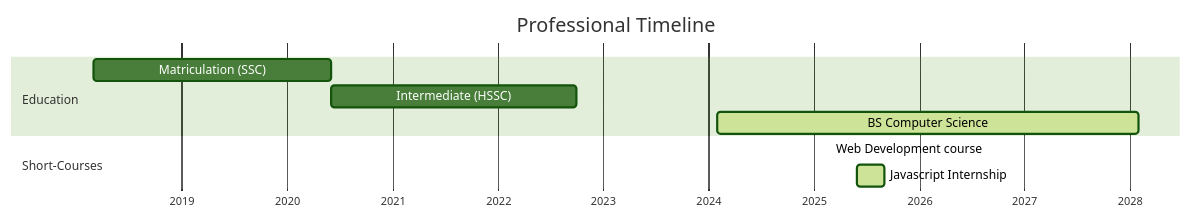
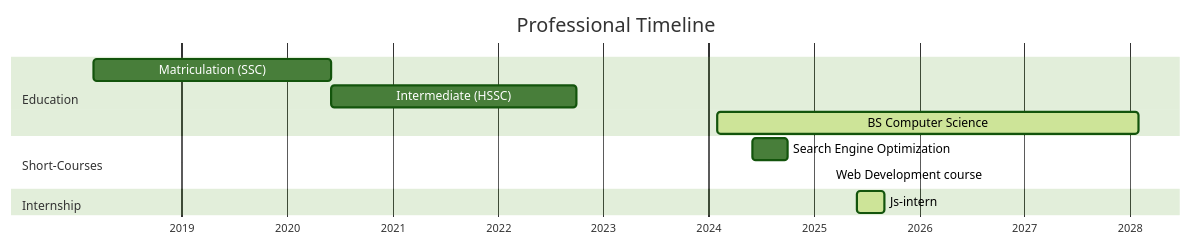
One commit to ahmadubaid061/ahmadubaid061 changed the diagram in README.md. Above: the diagram before and after it, drawn with Mermaid (forest theme).

Commit message:
Added new section Internships

````diff
--- a/README.md
+++ b/README.md
@@ -58,17 +58,20 @@
 ```mermaid
 gantt
     title Professional Timeline
     dateFormat  YYYY-MM
     axisFormat %Y
     
     section Education
     Matriculation (SSC) :a1, 2018-03, 2020-06
     Intermediate (HSSC) :a2, after a1, 2022-10
     BS Computer Science :active, a3, 2024-02, 2028-02
     
 
     section Short-Courses
-    Web Development course :a4, 2025-03,2025-6
-    Javascript Internship  :active, a5,2025-06,2025-09
+    Search Engine Optimization:a4, 2024-06,2024-10
+    Web Development course :a5, 2025-03,2025-6
+
+    section Internship
+    Js-intern  :active, a6,2025-06,2025-09
     
 ```
````
